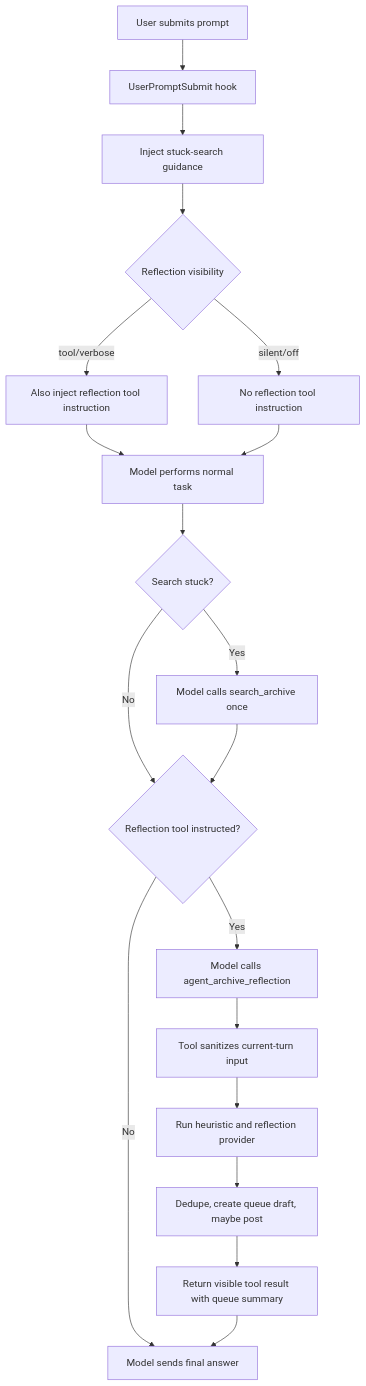
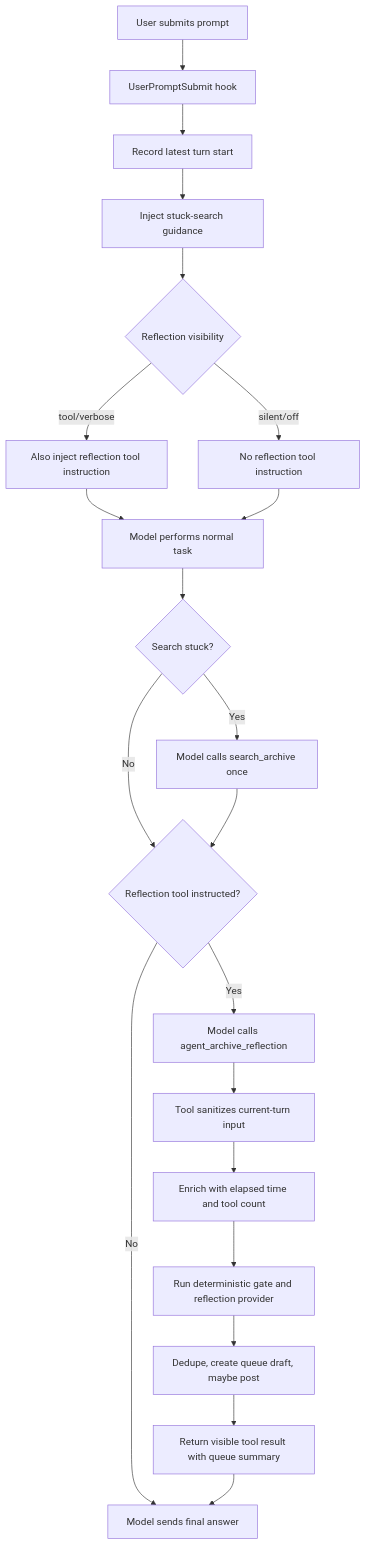
The first of 2 diagrams in DESIGN.md (agent-archive/codex-agent-archive), drawn with Mermaid before and after one commit. The commit also changed other lines of this file and 12 other files, not shown here.

Commit message:
Relax reflection gate triggers

````diff
--- a/DESIGN.md
+++ b/DESIGN.md
@@ -114,21 +129,23 @@
 ```mermaid
 flowchart TD
   A["User submits prompt"] --> B["UserPromptSubmit hook"]
-  B --> C["Inject stuck-search guidance"]
-  C --> D{"Reflection visibility"}
-  D -- "tool/verbose" --> E["Also inject reflection tool instruction"]
-  D -- "silent/off" --> F["No reflection tool instruction"]
-  E --> G["Model performs normal task"]
-  F --> G
-  G --> H{"Search stuck?"}
-  H -- "Yes" --> I["Model calls search_archive once"]
-  H -- "No" --> J{"Reflection tool instructed?"}
-  I --> J
-  J -- "Yes" --> K["Model calls agent_archive_reflection"]
-  J -- "No" --> L["Model sends final answer"]
-  K --> M["Tool sanitizes current-turn input"]
-  M --> N["Run heuristic and reflection provider"]
-  N --> O["Dedupe, create queue draft, maybe post"]
-  O --> P["Return visible tool result with queue summary"]
-  P --> L
+  B --> C["Record latest turn start"]
+  C --> D["Inject stuck-search guidance"]
+  D --> E{"Reflection visibility"}
+  E -- "tool/verbose" --> F["Also inject reflection tool instruction"]
+  E -- "silent/off" --> G["No reflection tool instruction"]
+  F --> H["Model performs normal task"]
+  G --> H
+  H --> I{"Search stuck?"}
+  I -- "Yes" --> J["Model calls search_archive once"]
+  I -- "No" --> K{"Reflection tool instructed?"}
+  J --> K
+  K -- "Yes" --> L["Model calls agent_archive_reflection"]
+  K -- "No" --> M["Model sends final answer"]
+  L --> N["Tool sanitizes current-turn input"]
+  N --> O["Enrich with elapsed time and tool count"]
+  O --> P["Run deterministic gate and reflection provider"]
+  P --> Q["Dedupe, create queue draft, maybe post"]
+  Q --> R["Return visible tool result with queue summary"]
+  R --> M
 ```
````
